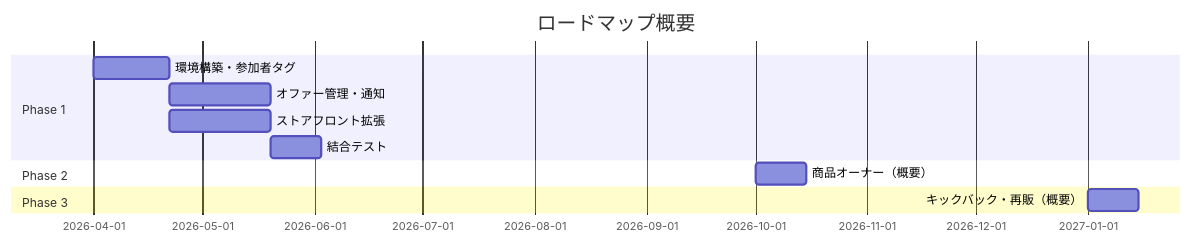
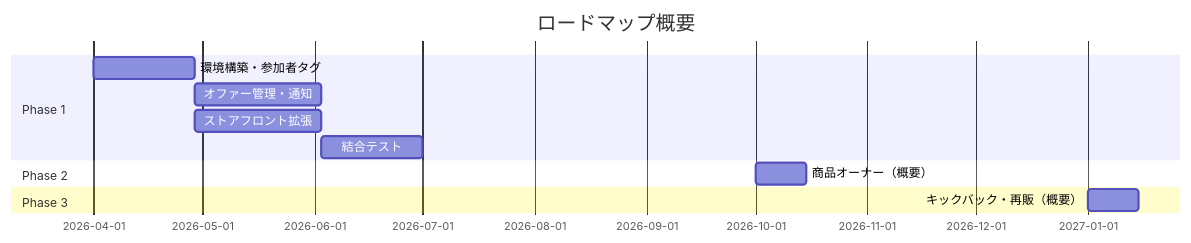
Before and after one commit to mhwtech/experience-ec: the diagram in 04-next-steps.md, drawn with Mermaid. The commit also changed other lines of this file, not shown here.

Commit message:
updated with tech detail and mockups

````diff
--- a/04-next-steps.md
+++ b/04-next-steps.md
@@ -102,14 +102,14 @@
 ```mermaid
 gantt
     title ロードマップ概要
     dateFormat  YYYY-MM
     section Phase 1
-    環境構築・参加者タグ     :a1, 2026-04, 3w
-    オファー管理・通知       :a2, after a1, 4w
-    ストアフロント拡張       :a3, after a1, 4w
-    結合テスト              :a4, after a2 a3, 2w
+    環境構築・参加者タグ     :a1, 2026-04, 4w
+    オファー管理・通知       :a2, after a1, 5w
+    ストアフロント拡張       :a3, after a1, 5w
+    結合テスト              :a4, after a2 a3, 4w
     section Phase 2
     商品オーナー（概要）     :b1, 2026-10, 2w
     section Phase 3
     キックバック・再販（概要） :c1, 2027-01, 2w
 ```
````
